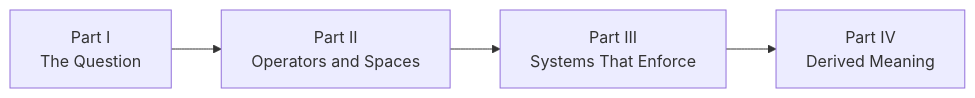
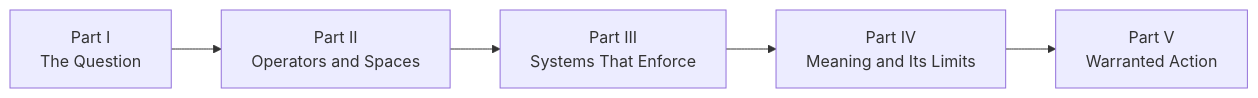
Before and after one commit to tjpools/embedding-geometry-lab: the diagram in book3/CHAPTER_MANIFEST.md, drawn with Mermaid. The commit also changed other lines of this file and 20 other files, not shown here.

````diff
--- a/book3/CHAPTER_MANIFEST.md
+++ b/book3/CHAPTER_MANIFEST.md
@@ -173,6 +197,7 @@
 ```mermaid
 flowchart LR
     P1[Part I<br/>The Question] --> P2[Part II<br/>Operators and Spaces]
     P2 --> P3[Part III<br/>Systems That Enforce]
-    P3 --> P4[Part IV<br/>Derived Meaning]
+    P3 --> P4[Part IV<br/>Meaning and Its Limits]
+    P4 --> P5[Part V<br/>Warranted Action]
 ```
````
